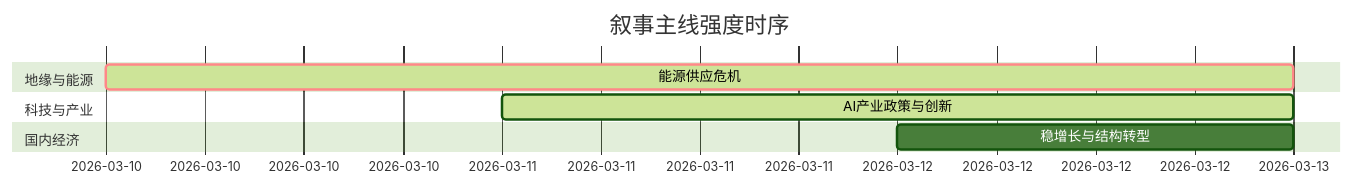
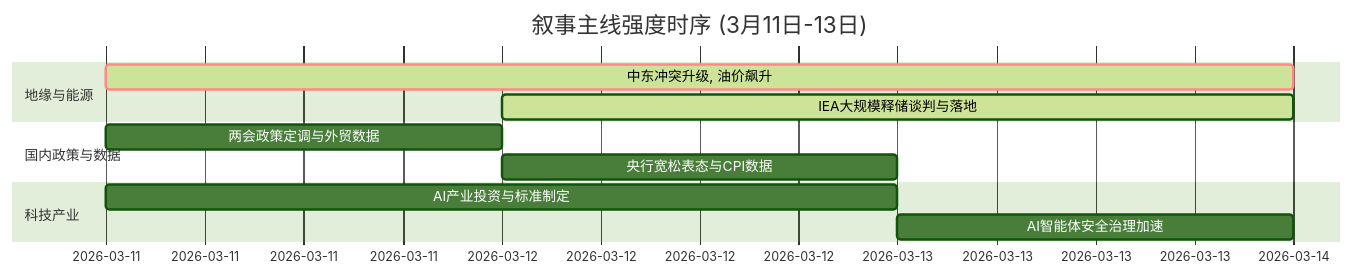
One commit to uu5zn/uu5zn.github.io changed the diagram in 5day_report.md. Above: the diagram before and after it, drawn with Mermaid (forest theme). The commit also changed other lines of this file and 19 other files, not shown here.

````diff
--- a/5day_report.md
+++ b/5day_report.md
@@ -54,11 +54,14 @@
 ```mermaid
 gantt
-    title 叙事主线强度时序
+    title 叙事主线强度时序 (3月11日-13日)
     dateFormat  YYYY-MM-DD
     section 地缘与能源
-    能源供应危机   :crit, active, 2026-03-10, 3d
-    section 科技与产业
-    AI产业政策与创新   :active, 2026-03-11, 2d
-    section 国内经济
-    稳增长与结构转型   :2026-03-12, 1d
+    中东冲突升级, 油价飙升   :crit, active, 2026-03-11, 3d
+    IEA大规模释储谈判与落地   :active, 2026-03-12, 2d
+    section 国内政策与数据
+    两会政策定调与外贸数据   :2026-03-11, 1d
+    央行宽松表态与CPI数据    :2026-03-12, 1d
+    section 科技产业
+    AI产业投资与标准制定     :2026-03-11, 2d
+    AI智能体安全治理加速     :2026-03-13, 1d
 ```
````
